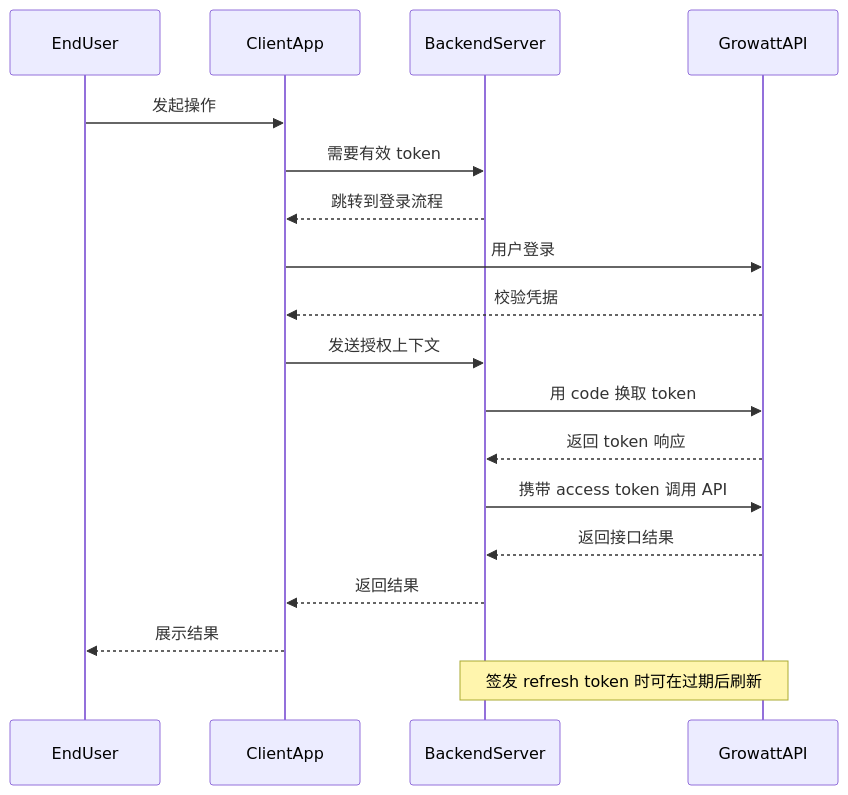
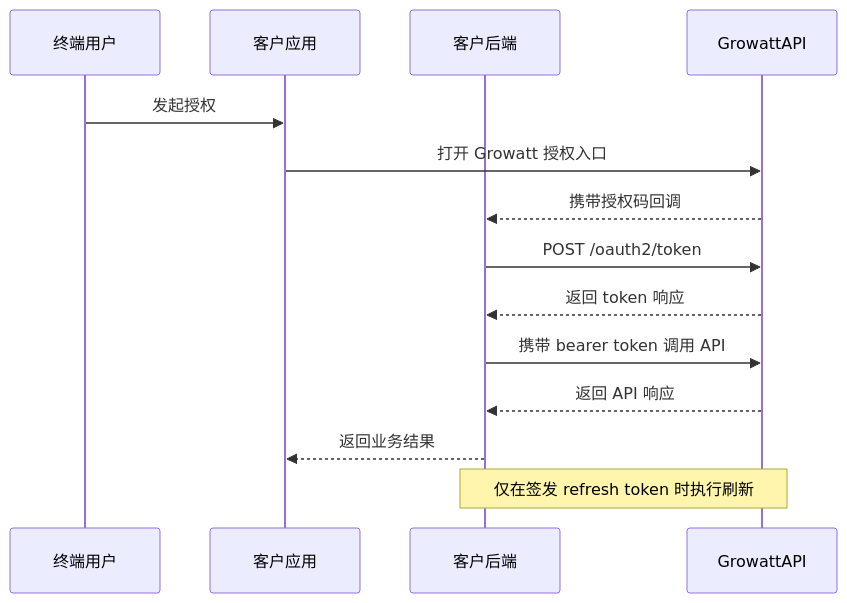
Before and after one commit to EugeneJian/growatt-unified-api: the second of 2 diagrams in Growatt API/OPENAPI.zh-CN/01_authentication.md, drawn with Mermaid. The commit also changed other lines of this file and 46 other files, not shown here.

````diff
--- a/Growatt API/OPENAPI.zh-CN/01_authentication.md
+++ b/Growatt API/OPENAPI.zh-CN/01_authentication.md
@@ -51,23 +52,18 @@
 ```mermaid
-%% 本代码严格遵循AI生成Mermaid代码的终极准则v4.1（Mermaid终极大师）
 sequenceDiagram
-    participant User as EndUser
-    participant App as ClientApp
-    participant Server as BackendServer
+    participant User as 终端用户
+    participant App as 客户应用
+    participant Backend as 客户后端
     participant Growatt as GrowattAPI
 
-    User->>App: 发起操作
-    App->>Server: 需要有效 token
-    Server-->>App: 跳转到登录流程
-    App->>Growatt: 用户登录
-    Growatt-->>App: 校验凭据
-    App->>Server: 发送授权上下文
-    Server->>Growatt: 用 code 换取 token
-    Growatt-->>Server: 返回 token 响应
-    Server->>Growatt: 携带 access token 调用 API
-    Growatt-->>Server: 返回接口结果
-    Server-->>App: 返回结果
-    App-->>User: 展示结果
+    User->>App: 发起授权
+    App->>Growatt: 打开 Growatt 授权入口
+    Growatt-->>Backend: 携带授权码回调
+    Backend->>Growatt: POST /oauth2/token
+    Growatt-->>Backend: 返回 token 响应
+    Backend->>Growatt: 携带 bearer token 调用 API
+    Growatt-->>Backend: 返回 API 响应
+    Backend-->>App: 返回业务结果
 
-    Note over Server,Growatt: 签发 refresh token 时可在过期后刷新
+    Note over Backend,Growatt: 仅在签发 refresh token 时执行刷新
 ```
````
